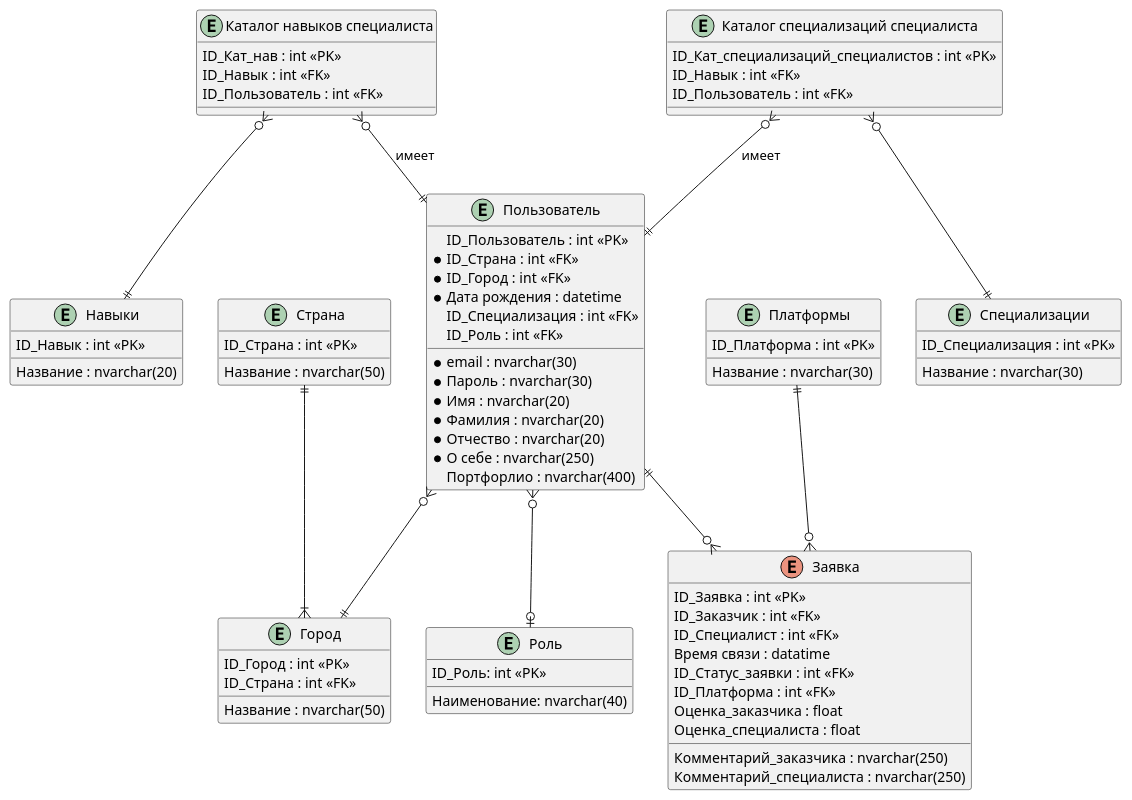
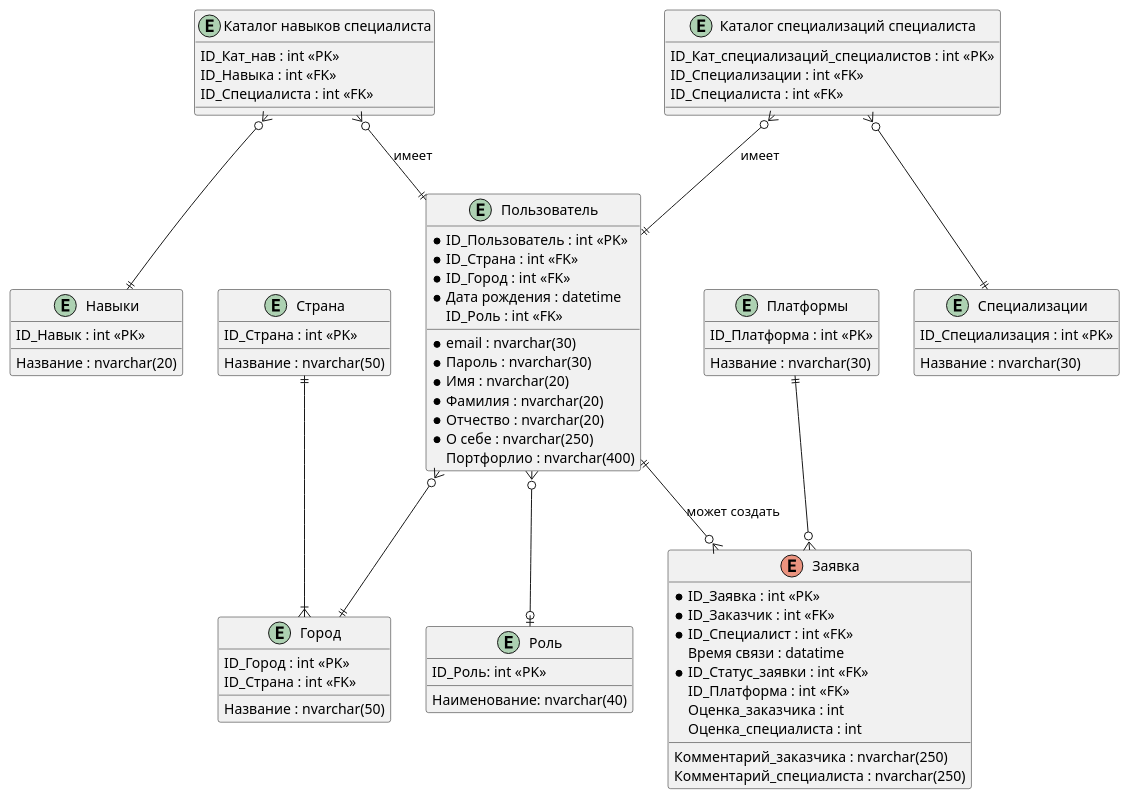
Before and after one commit to vllid/team-project: the diagram in Диаграммы/Диаграмма сущность-свзяь/diagram — копия.puml, drawn with PlantUML. The commit also changed 3 other files, not shown here.

Commit message:
Обновленная диаграмма сущность-связь + классы

```diff
--- a/Диаграммы/Диаграмма сущность-свзяь/diagram — копия.puml
+++ b/Диаграммы/Диаграмма сущность-свзяь/diagram — копия.puml
@@ -1,111 +1,102 @@
 @startuml "erd"
 
 entity "Навыки" as skills
 {
     ID_Навык : int <<PK>>
     Название : nvarchar(20)
 }
 
 entity "Каталог навыков специалиста" as skills_cat
 {
     ID_Кат_нав : int <<PK>>
-    ID_Навык : int <<FK>>
-    ID_Пользователь : int <<FK>>
+    ID_Навыка : int <<FK>>
+    ID_Специалиста : int <<FK>>
 }
 
 entity "Специализации" as spec_enum
 {
     ID_Специализация : int <<PK>>
     Название : nvarchar(30)
 }
 
 entity "Каталог специализаций специалиста" as spec_cat
 {
     ID_Кат_специализаций_специалистов : int <<PK>>
-    ID_Навык : int <<FK>>
-    ID_Пользователь : int <<FK>>
+    ID_Специализации : int <<FK>>
+    ID_Специалиста : int <<FK>>
 }
-
-'entity "Отзывы" as appl
-' {
-'     ID_Отзыв : int <<PK>>
-'     ID_Пользователя nvarchar(50) <<FK>>
-'     Оценка : float 
-'     Комментарий : nvarchar(250)
-' }
 
 
 entity "Платформы" as platf 
 {
     ID_Платформа : int <<PK>>
     Название : nvarchar(30)
 }
 
 entity "Страна" as countries 
 {
     ID_Страна : int <<PK>>
     Название : nvarchar(50)
 }
 
 entity "Город" as cities 
 {
     ID_Город : int <<PK>>
     ID_Страна : int <<FK>>
     Название : nvarchar(50)
 }
 
 entity "Роль" as role 
 {
     ID_Роль: int <<PK>>
     Наименование: nvarchar(40)
 }
 
 entity "Пользователь" as users 
 {
-    ID_Пользователь : int <<PK>>
+    * ID_Пользователь : int <<PK>>
     * ID_Страна : int <<FK>>
     * ID_Город : int <<FK>>
     * email : nvarchar(30)
     * Пароль : nvarchar(30)
     * Имя : nvarchar(20)
     * Фамилия : nvarchar(20)
     * Отчество : nvarchar(20)
     * Дата рождения : datetime 
     * О себе : nvarchar(250)
-    ID_Специализация : int <<FK>>
     Портфорлио : nvarchar(400)
     ID_Роль : int <<FK>>
 }
 
 enum "Заявка" as request 
 {
-    ID_Заявка : int <<PK>>
-    ID_Заказчик : int <<FK>>
-    ID_Специалист : int <<FK>>
+    * ID_Заявка : int <<PK>>
+    * ID_Заказчик : int <<FK>>
+    * ID_Специалист : int <<FK>>
     Время связи : datatime 
-    ID_Статус_заявки : int <<FK>>
+    * ID_Статус_заявки : int <<FK>>
     ID_Платформа : int <<FK>>
-    Оценка_заказчика : float 
+    Оценка_заказчика : int 
     Комментарий_заказчика : nvarchar(250)
-    Оценка_специалиста : float 
+    Оценка_специалиста : int 
     Комментарий_специалиста : nvarchar(250)
 }
 
-users ||--o{ request
+users ||--o{ request : может создать
 platf ||--o{ request
 
 skills_cat }o--|| users : имеет
 skills_cat }o--|| skills
 
 spec_cat }o--|| users : имеет
 spec_cat }o--|| spec_enum
 
 users }o--|| cities
 countries ||--|{ cities
 
 users }o--o| role
 
 'request ||--|| appl 
 
 
 @enduml
```
